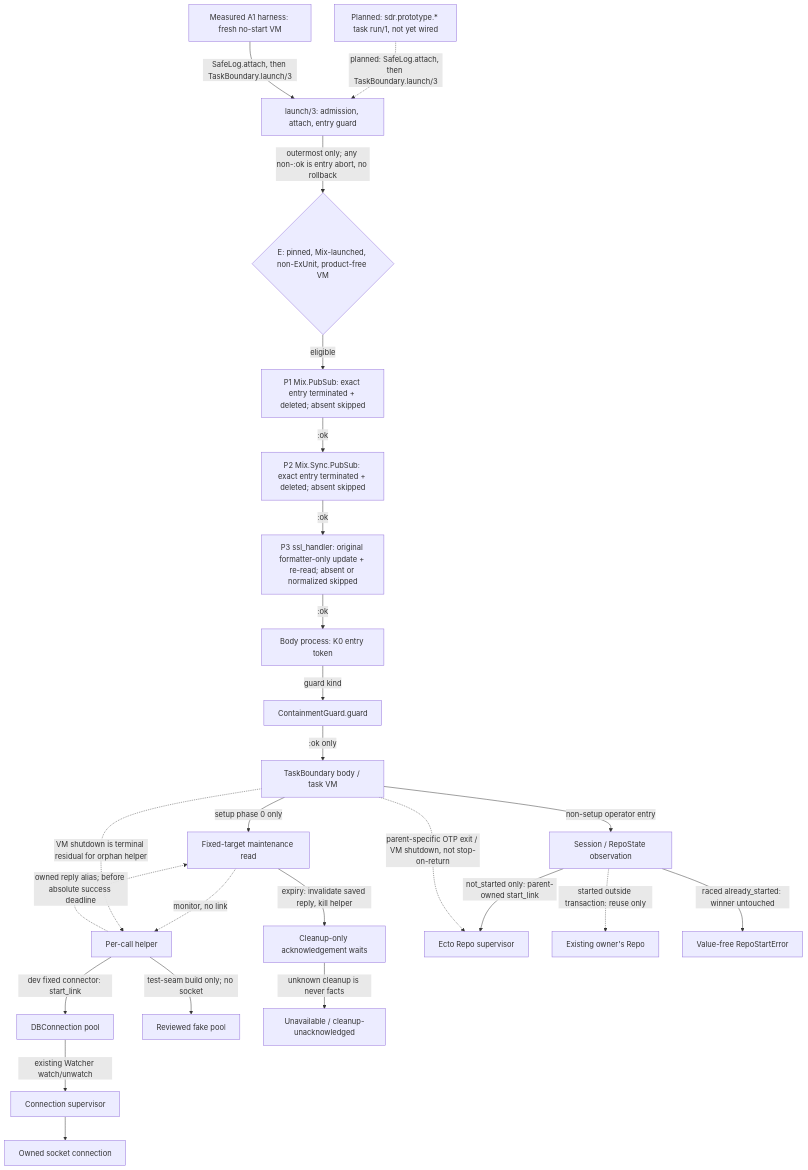
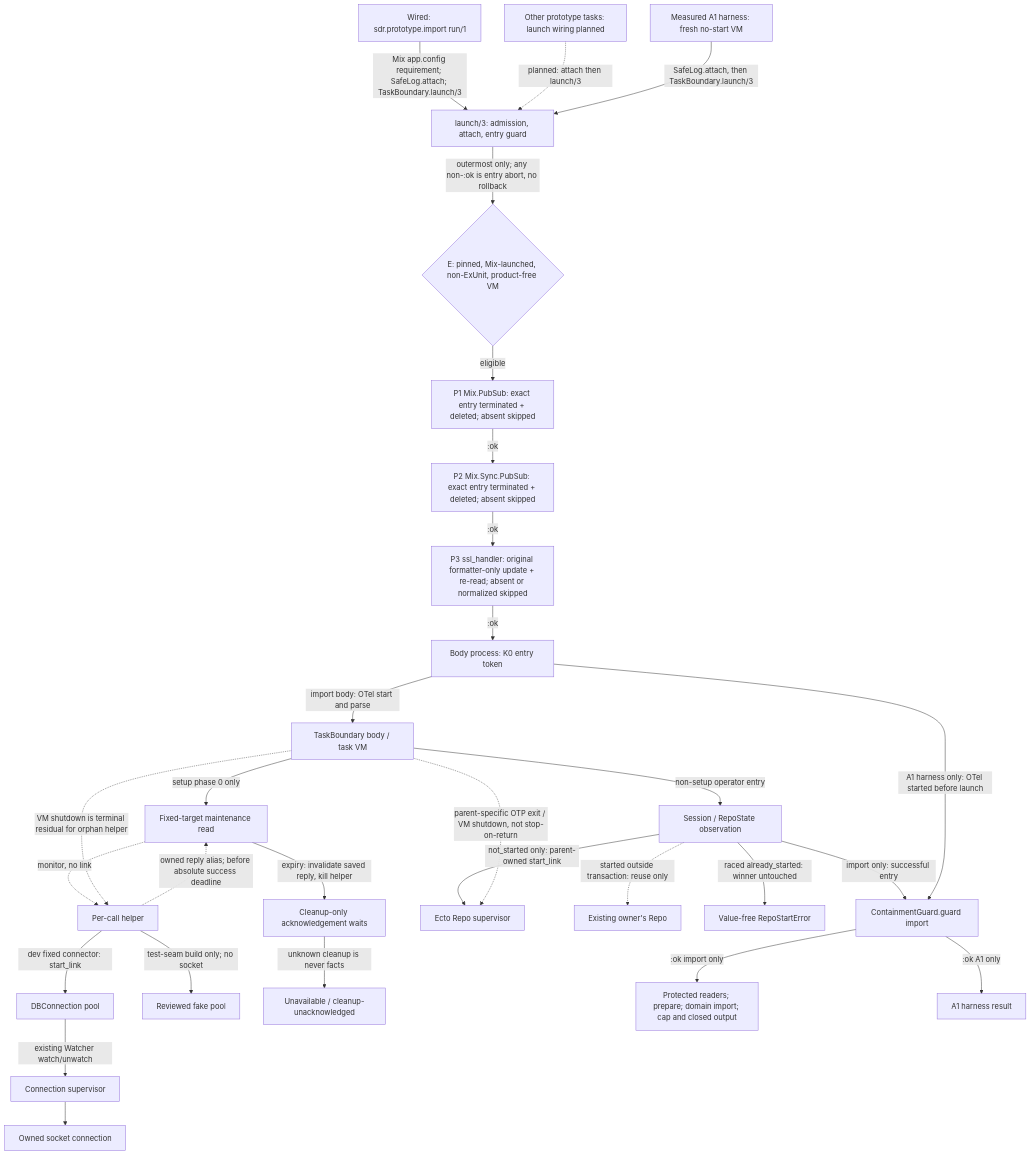
The diagram in docs/architecture/prototype-task-connections.mmd (chops/sdr_agent), drawn with Mermaid before and after one commit. The commit also changed 3 other files, not shown here.

First line of the commit message:
feat(prototype): wire guarded dossier import task

```diff
--- a/docs/architecture/prototype-task-connections.mmd
+++ b/docs/architecture/prototype-task-connections.mmd
@@ -1,26 +1,30 @@
 flowchart TD
   Task[TaskBoundary body / task VM]
   Task -->|setup phase 0 only| Maintenance[Fixed-target maintenance read]
   Maintenance -.->|monitor, no link| Helper[Per-call helper]
   Helper -.->|owned reply alias; before absolute success deadline| Maintenance
   Helper -->|dev fixed connector: start_link| Pool[DBConnection pool]
   Pool -->|existing Watcher watch/unwatch| Tree[Connection supervisor]
   Tree --> Connection[Owned socket connection]
   Helper -->|test-seam build only; no socket| Fake[Reviewed fake pool]
   Maintenance -->|expiry: invalidate saved reply, kill helper| Grace[Cleanup-only acknowledgement waits]
   Grace -->|unknown cleanup is never facts| Refusal[Unavailable / cleanup-unacknowledged]
   Task -->|non-setup operator entry| Session[Session / RepoState observation]
   Session -->|not_started only: parent-owned start_link| Repo[Ecto Repo supervisor]
   Session -.->|started outside transaction: reuse only| Existing[Existing owner's Repo]
   Session -->|raced already_started: winner untouched| Error[Value-free RepoStartError]
   Task -.->|parent-specific OTP exit / VM shutdown, not stop-on-return| Repo
   Task -.->|VM shutdown is terminal residual for orphan helper| Helper
-  Terminal[Planned: sdr.prototype.* task run/1, not yet wired] -.->|planned: SafeLog.attach, then TaskBoundary.launch/3| Launch
+  Terminal[Wired: sdr.prototype.import run/1] -->|Mix app.config requirement; SafeLog.attach; TaskBoundary.launch/3| Launch
+  Planned[Other prototype tasks: launch wiring planned] -.->|planned: attach then launch/3| Launch
   Harness[Measured A1 harness: fresh no-start VM] -->|SafeLog.attach, then TaskBoundary.launch/3| Launch[launch/3: admission, attach, entry guard]
   Launch -->|outermost only; any non-:ok is entry abort, no rollback| Eligible{E: pinned, Mix-launched, non-ExUnit, product-free VM}
   Eligible -->|eligible| P1[P1 Mix.PubSub: exact entry terminated + deleted; absent skipped]
   P1 -->|:ok| P2[P2 Mix.Sync.PubSub: exact entry terminated + deleted; absent skipped]
   P2 -->|:ok| P3[P3 ssl_handler: original formatter-only update + re-read; absent or normalized skipped]
   P3 -->|:ok| Body[Body process: K0 entry token]
-  Body -->|guard kind| Guard[ContainmentGuard.guard]
-  Guard -->|:ok only| Task
+  Body -->|import body: OTel start and parse| Task
+  Session -->|import only: successful entry| Guard[ContainmentGuard.guard import]
+  Body -->|A1 harness only: OTel started before launch| Guard
+  Guard -->|:ok import only| ImportWork[Protected readers; prepare; domain import; cap and closed output]
+  Guard -->|:ok A1 only| HarnessDone[A1 harness result]
```
